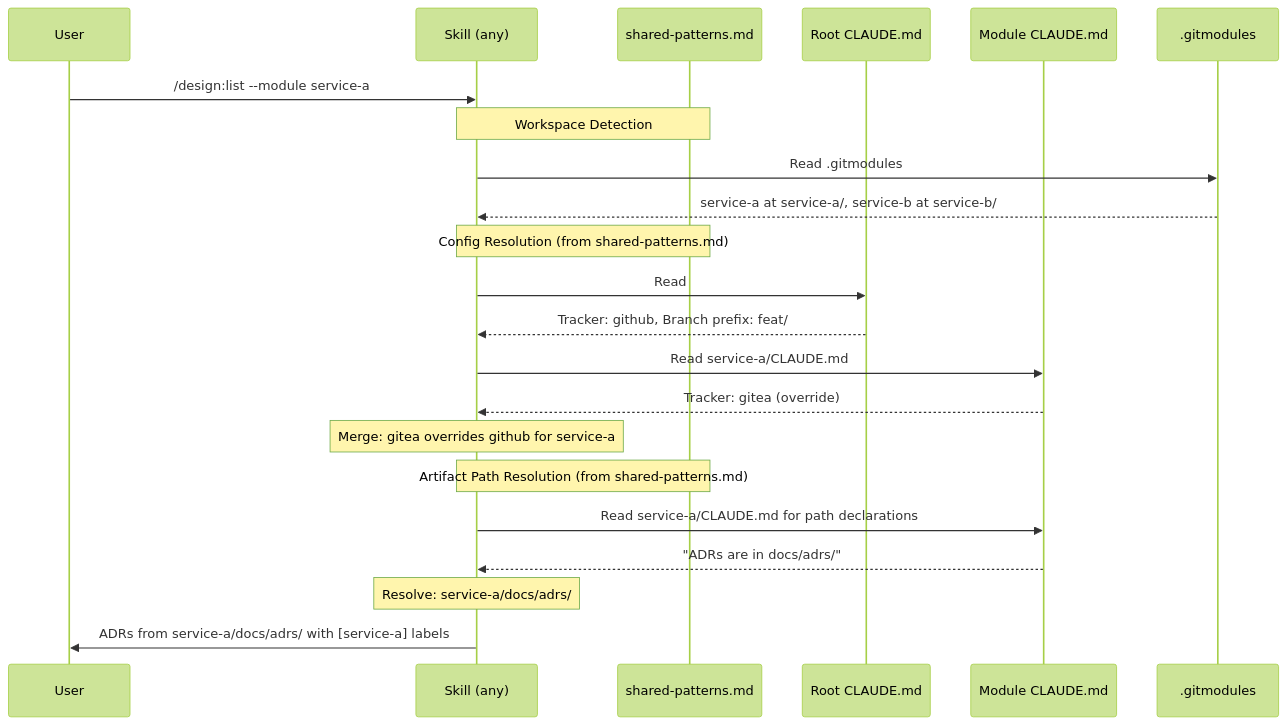
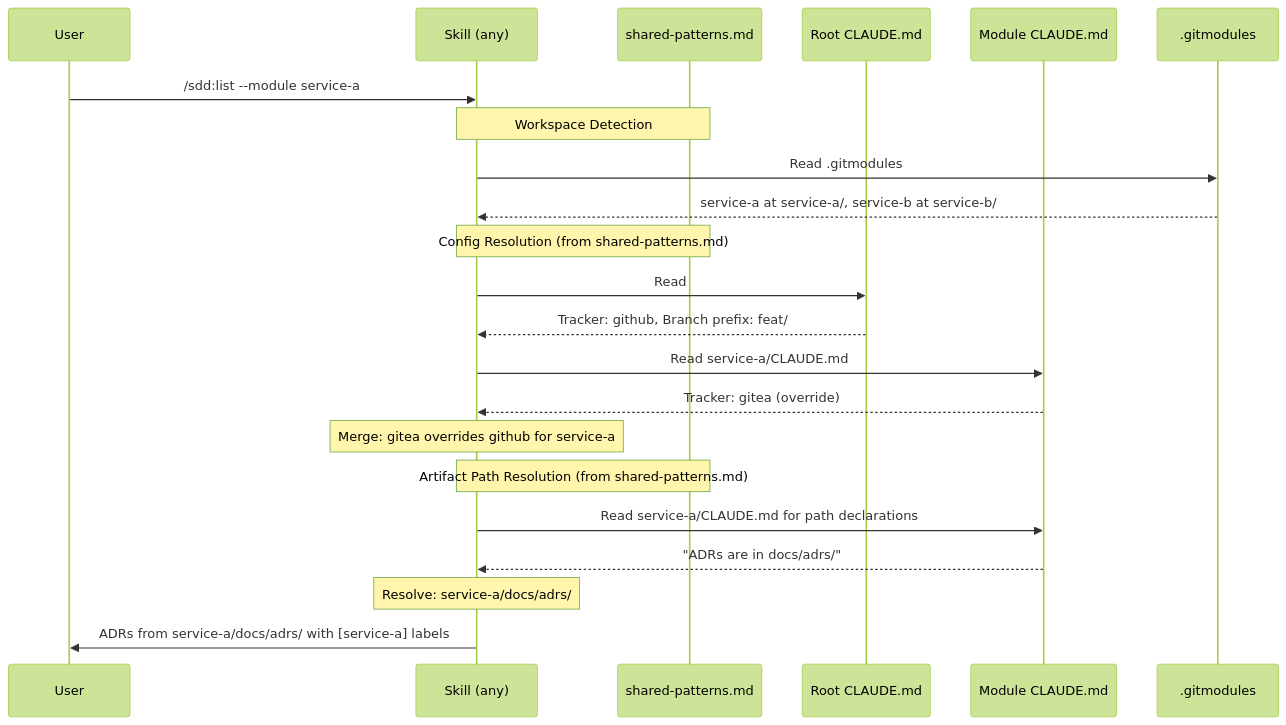
The second of 3 diagrams in docs/openspec/specs/markdown-native-config-and-workspace/design.md (joestump/claude-plugin-sdd), drawn with Mermaid (forest theme) before and after one commit. The commit also changed other lines of this file and 106 other files, not shown here.

First line of the commit message:
Rename plugin from design to sdd (Spec-Driven Development)

````diff
--- a/docs/openspec/specs/markdown-native-config-and-workspace/design.md
+++ b/docs/openspec/specs/markdown-native-config-and-workspace/design.md
@@ -126,29 +126,29 @@
 ```mermaid
 sequenceDiagram
     participant U as User
     participant S as Skill (any)
     participant SP as shared-patterns.md
     participant RC as Root CLAUDE.md
     participant MC as Module CLAUDE.md
     participant GM as .gitmodules
 
-    U->>S: /design:list --module service-a
+    U->>S: /sdd:list --module service-a
 
     Note over S,SP: Workspace Detection
     S->>GM: Read .gitmodules
     GM-->>S: service-a at service-a/, service-b at service-b/
 
     Note over S,SP: Config Resolution (from shared-patterns.md)
-    S->>RC: Read ### Design Plugin Configuration
+    S->>RC: Read ### SDD Configuration
     RC-->>S: Tracker: github, Branch prefix: feat/
-    S->>MC: Read service-a/CLAUDE.md ### Design Plugin Configuration
+    S->>MC: Read service-a/CLAUDE.md ### SDD Configuration
     MC-->>S: Tracker: gitea (override)
     Note over S: Merge: gitea overrides github for service-a
 
     Note over S,SP: Artifact Path Resolution (from shared-patterns.md)
     S->>MC: Read service-a/CLAUDE.md for path declarations
     MC-->>S: "ADRs are in docs/adrs/"
     Note over S: Resolve: service-a/docs/adrs/
 
     S->>U: ADRs from service-a/docs/adrs/ with [service-a] labels
 ```
````
